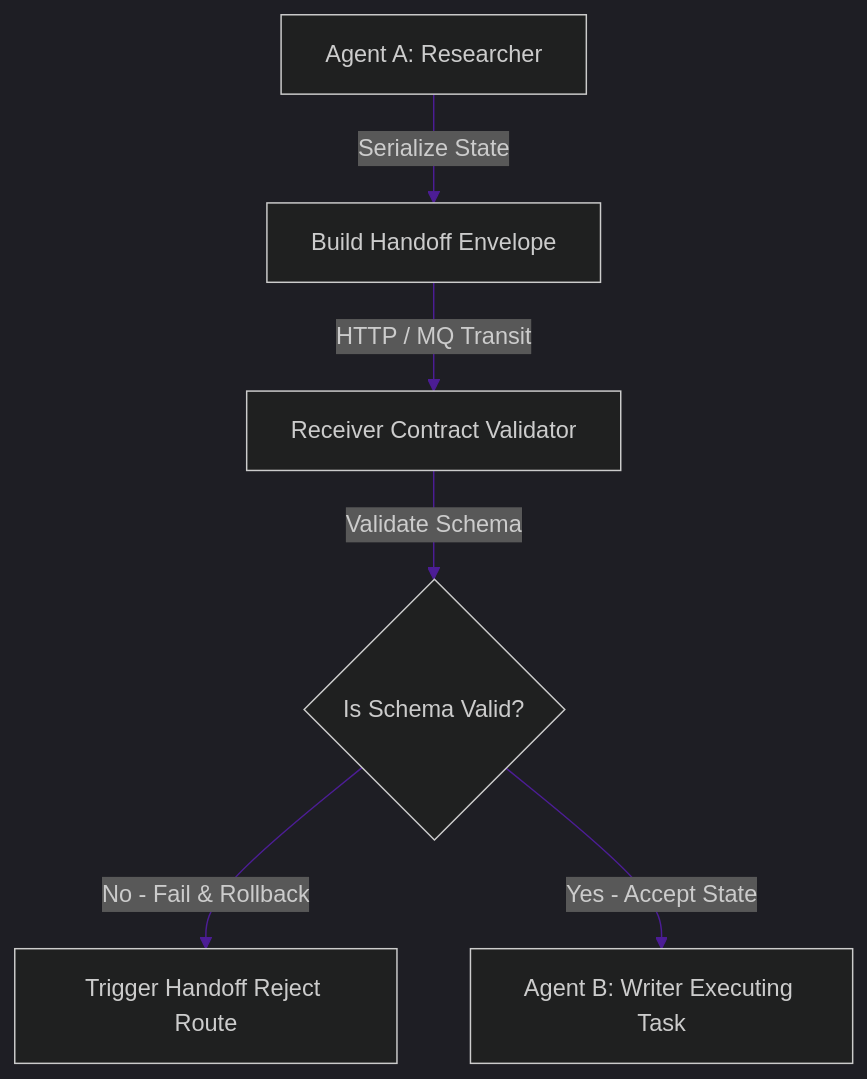
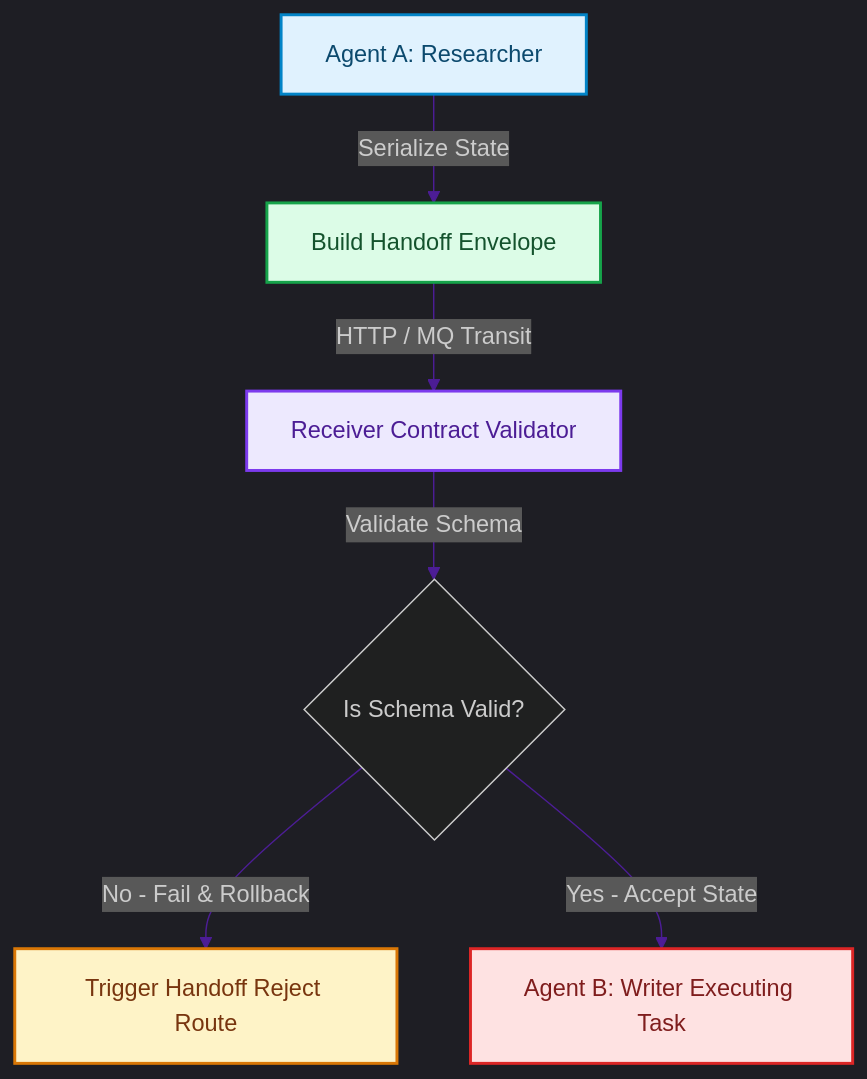
The diagram in blog/posts/system-design-agent-communication-protocol-schemas.md (akmalkhaniub/akmalkhaniub.github.io), drawn with Mermaid before and after one commit. The commit also changed other lines of this file and 1291 other files, not shown here.

First line of the commit message:
feat(catalog): unique covers, scholarly references, and diagram palettes

````diff
--- a/blog/posts/system-design-agent-communication-protocol-schemas.md
+++ b/blog/posts/system-design-agent-communication-protocol-schemas.md
@@ -19,9 +19,20 @@
 ```mermaid
 %%{init: {'theme': 'dark', 'themeVariables': { 'primaryColor': '#4c1d95', 'primaryTextColor': '#f3f4f6', 'primaryBorderColor': '#8b5cf6', 'lineColor': '#4c1d95', 'secondaryColor': '#111827', 'tertiaryColor': '#0b0f19'}}}%%
 flowchart TD
-    Sender[Agent A: Researcher] -->|Serialize State| Package[Build Handoff Envelope]
-    Package -->|HTTP / MQ Transit| ReceiverGate[Receiver Contract Validator]
+    Sender["Agent A: Researcher"] -->|Serialize State| Package["Build Handoff Envelope"]
+    Package -->|HTTP / MQ Transit| ReceiverGate["Receiver Contract Validator"]
     ReceiverGate -->|Validate Schema| Check{Is Schema Valid?}
-    Check -->|No - Fail & Rollback| Alert[Trigger Handoff Reject Route]
-    Check -->|Yes - Accept State| Worker[Agent B: Writer Executing Task]
+    Check -->|No - Fail & Rollback| Alert["Trigger Handoff Reject Route"]
+    Check -->|Yes - Accept State| Worker["Agent B: Writer Executing Task"]
+
+classDef green fill:#dcfce7,stroke:#16a34a,stroke-width:2px,color:#14532d;
+classDef red fill:#fee2e2,stroke:#dc2626,stroke-width:2px,color:#7f1d1d;
+classDef blue fill:#e0f2fe,stroke:#0284c7,stroke-width:2px,color:#0c4a6e;
+classDef yellow fill:#fef3c7,stroke:#d97706,stroke-width:2px,color:#78350f;
+classDef purple fill:#ede9fe,stroke:#7c3aed,stroke-width:2px,color:#4c1d95;
+class Sender blue
+class Package green
+class ReceiverGate purple
+class Alert yellow
+class Worker red
 ```
````
